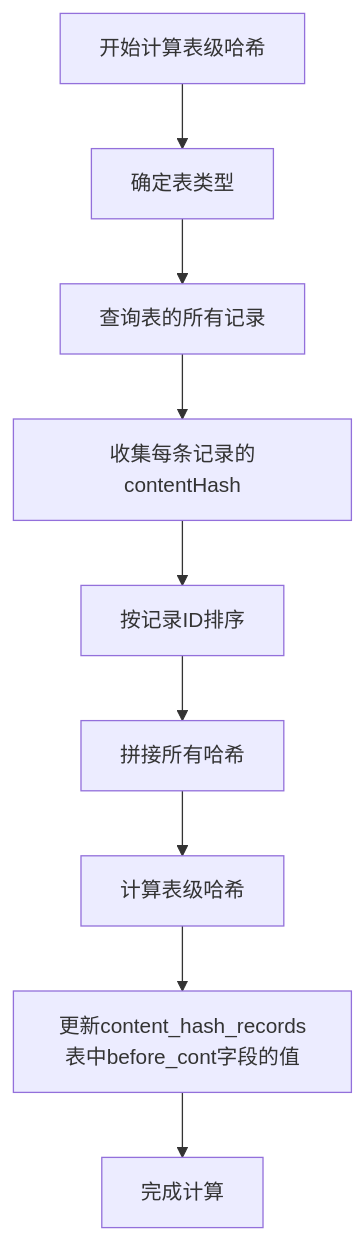
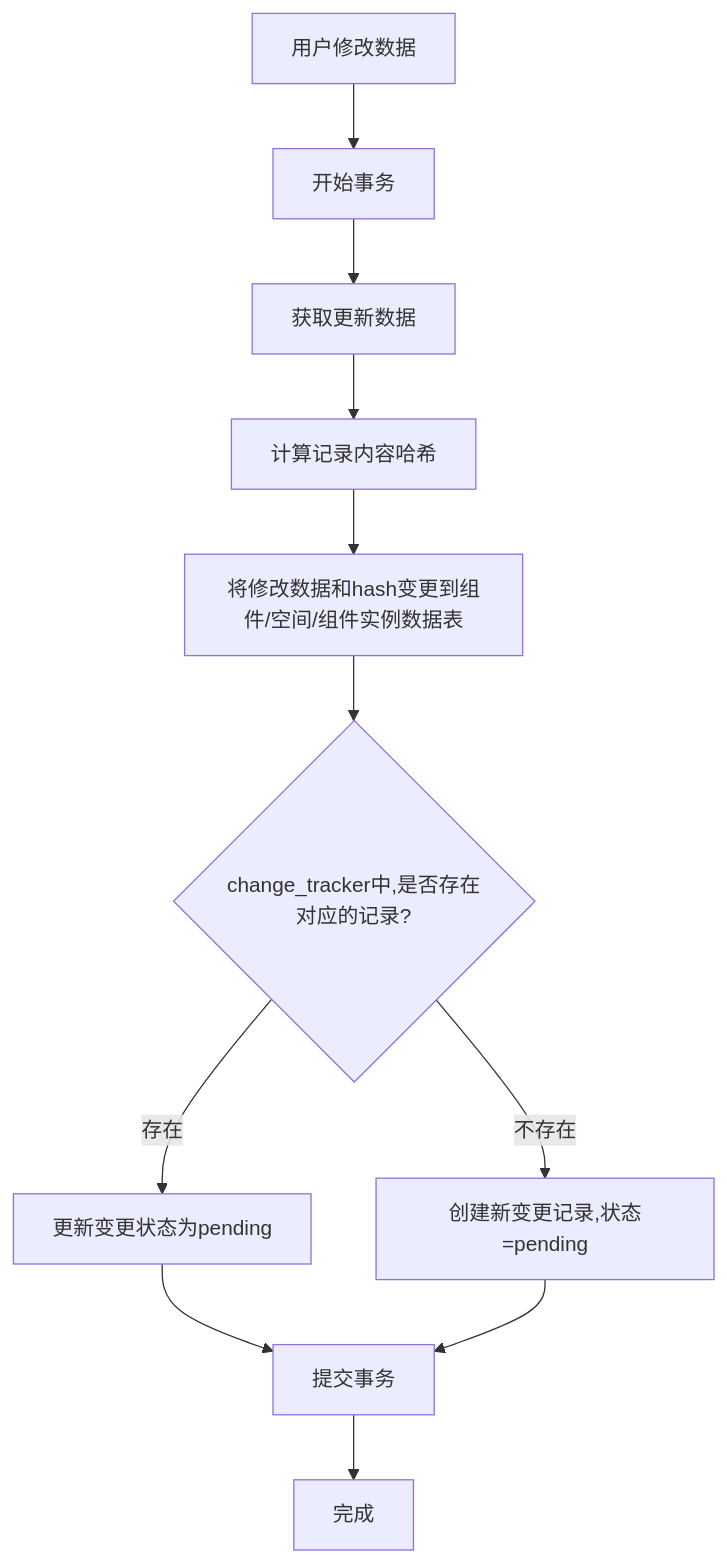
Before and after one commit to yingjianzh/iodraw-files: the diagram in all/未命名-47.md, drawn with Mermaid.

Commit message:
2025-04-29 14:11:44 update

````diff
--- a/all/未命名-47.md
+++ b/all/未命名-47.md
@@ -1,14 +1,18 @@
 ```mermaid
+
 flowchart TD
-    Start[开始计算表级哈希] --> GetTableType[确定表类型]
-    GetTableType --> QueryRecords[查询表的所有记录]
-    QueryRecords --> CollectHashes[收集每条记录的contentHash]
+    Start[用户修改数据] --> StartTransaction[开始事务]
+    StartTransaction --> UpdateRecord[获取更新数据]
+    UpdateRecord --> ComputeHash[计算记录内容哈希]
+    ComputeHash --> SaveHash[将修改数据和hash变更到组件/空间/组件实例数据表]
+    SaveHash --> CheckChangeExists{change_tracker中,是否存在对应的记录?}
+
+    CheckChangeExists -- 存在 --> UpdateChange[更新变更状态为pending]
+    CheckChangeExists -- 不存在 --> CreateChange[创建新变更记录,状态=pending]
     
-    CollectHashes --> SortByIds[按记录ID排序]
-    SortByIds --> ConcatHashes[拼接所有哈希]
-    ConcatHashes --> ComputeTableHash[计算表级哈希]
     
-    ComputeTableHash --> UpdateStateTable[更新content_hash_records表中before_cont字段的值]
-    UpdateStateTable --> End[完成计算]
+    UpdateChange --> CommitTransaction[提交事务]
+    CreateChange --> CommitTransaction
+    CommitTransaction --> End[完成]
 
 ```
````
